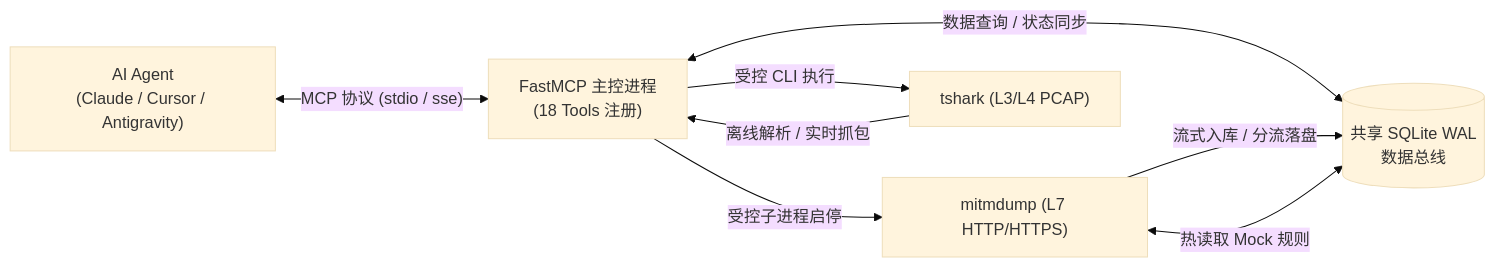
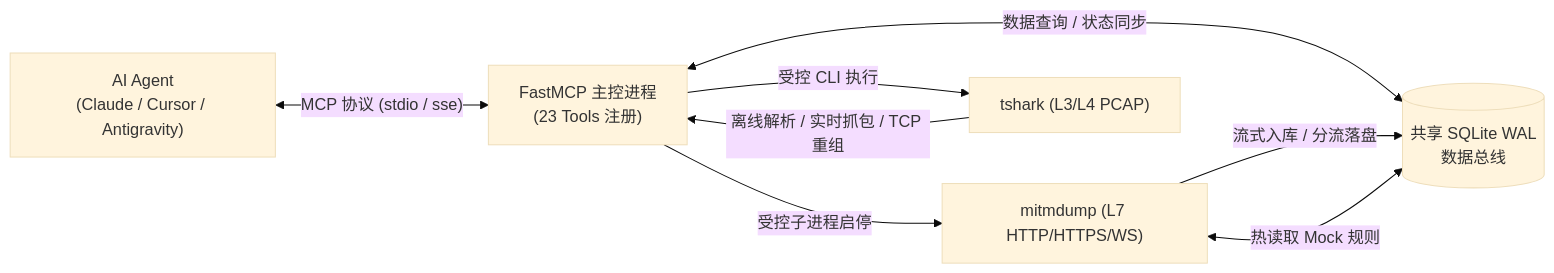
The diagram in README.md (atengk/mcp-server-traffic-inspector), drawn with Mermaid (base theme) before and after one commit. The commit also changed other lines of this file and 3 other files, not shown here.

````diff
--- a/README.md
+++ b/README.md
@@ -34,10 +34,10 @@
 ```mermaid
 flowchart LR
-    A["AI Agent<br/>(Claude / Cursor / Antigravity)"] <-->|"MCP 协议 (stdio / sse)"| B["FastMCP 主控进程<br/>(18 Tools 注册)"]
+    A["AI Agent<br/>(Claude / Cursor / Antigravity)"] <-->|"MCP 协议 (stdio / sse)"| B["FastMCP 主控进程<br/>(23 Tools 注册)"]
     B <-->|"数据查询 / 状态同步"| C[("共享 SQLite WAL<br/>数据总线")]
-    B -->|"受控子进程启停"| D["mitmdump (L7 HTTP/HTTPS)"]
+    B -->|"受控子进程启停"| D["mitmdump (L7 HTTP/HTTPS/WS)"]
     B -->|"受控 CLI 执行"| E["tshark (L3/L4 PCAP)"]
     D -->|"流式入库 / 分流落盘"| C
     D <-->|"热读取 Mock 规则"| C
-    E -->|"离线解析 / 实时抓包"| B
+    E -->|"离线解析 / 实时抓包 / TCP 重组"| B
 ```
````
